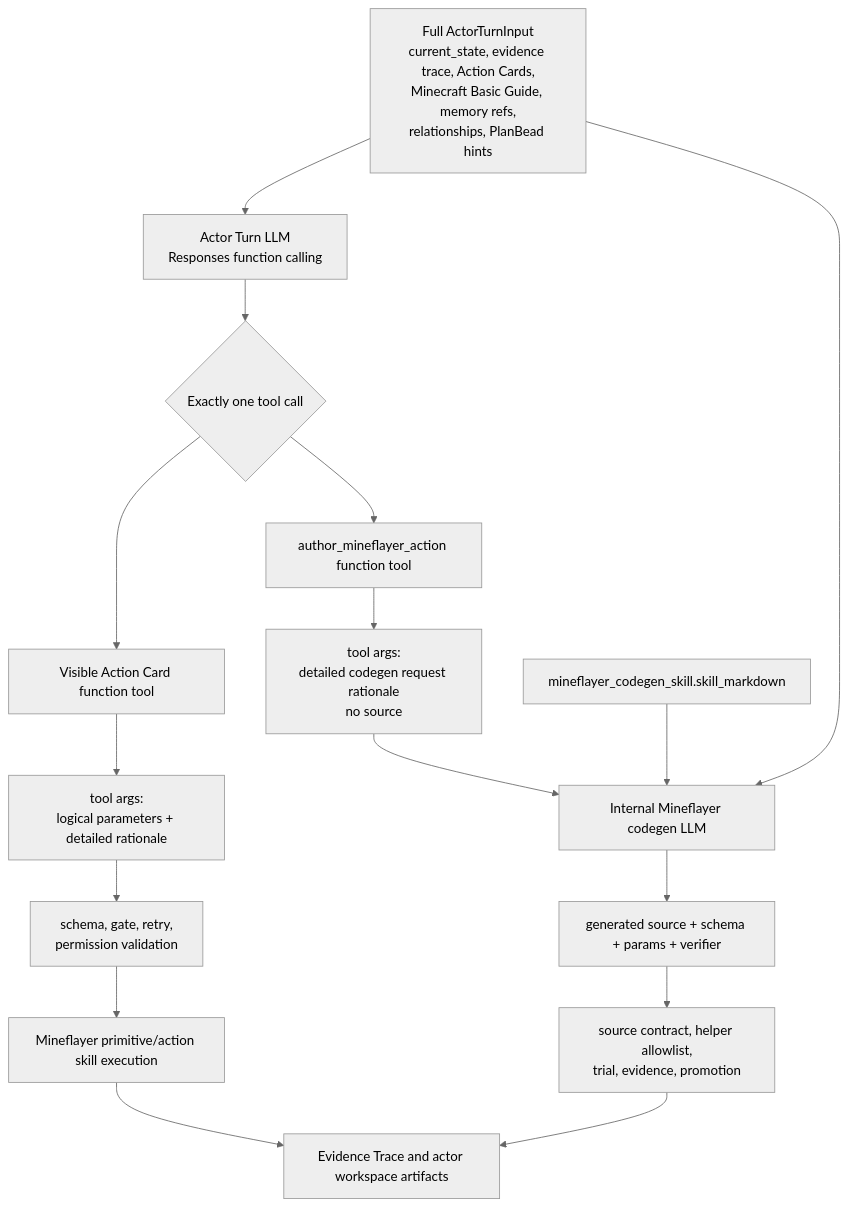
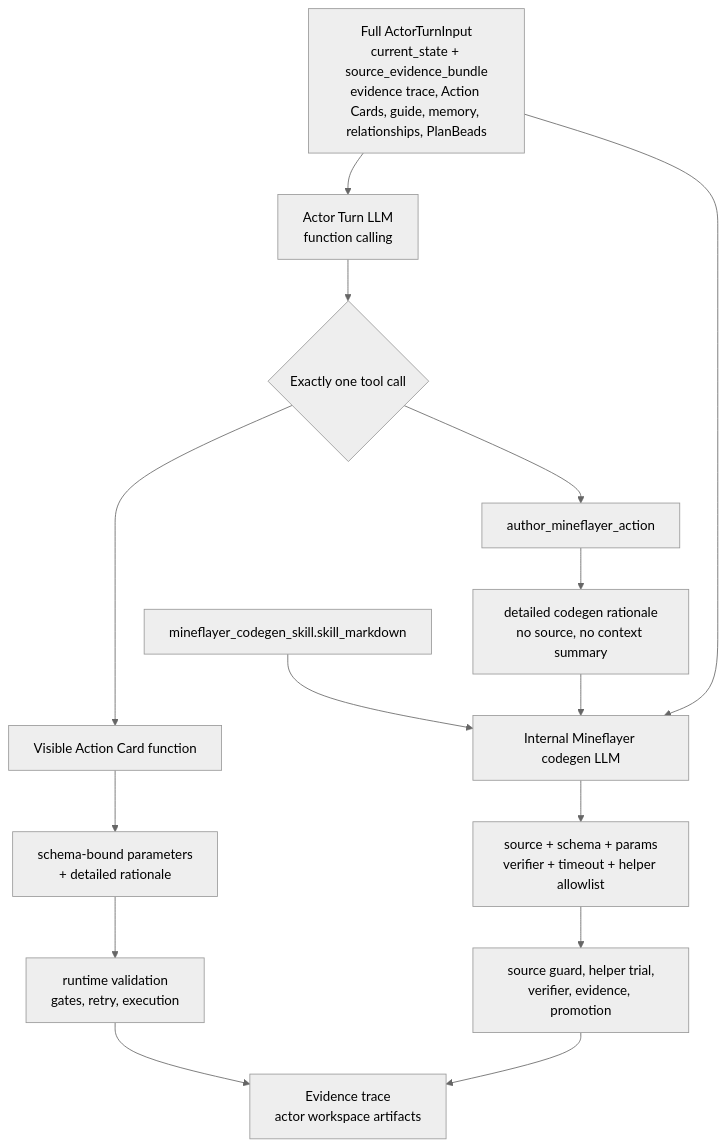
Before and after one commit to gigio1023/minecraft-llm-agent-community: the diagram in project-docs/Architecture/Actor-Turn-Tool-Calling-And-Full-Context-Codegen.md, drawn with Mermaid (neutral theme). The commit also changed other lines of this file and 91 other files, not shown here.

````diff
--- a/project-docs/Architecture/Actor-Turn-Tool-Calling-And-Full-Context-Codegen.md
+++ b/project-docs/Architecture/Actor-Turn-Tool-Calling-And-Full-Context-Codegen.md
@@ -82,18 +27,17 @@
 ```mermaid
 flowchart TD
-  Input["Full ActorTurnInput<br/>current_state, evidence trace, Action Cards,<br/>Minecraft Basic Guide, memory refs,<br/>relationships, PlanBead hints"] --> Outer["Actor Turn LLM<br/>Responses function calling"]
+  Input["Full ActorTurnInput<br/>current_state + source_evidence_bundle<br/>evidence trace, Action Cards, guide, memory, relationships, PlanBeads"] --> Outer["Actor Turn LLM<br/>function calling"]
   Outer --> Choice{"Exactly one tool call"}
-  Choice --> Existing["Visible Action Card function tool"]
-  Choice --> Author["author_mineflayer_action function tool"]
-  Existing --> ExistingArgs["tool args:<br/>logical parameters + detailed rationale"]
-  ExistingArgs --> Validate["schema, gate, retry,<br/>permission validation"]
-  Validate --> Execute["Mineflayer primitive/action skill execution"]
-  Author --> AuthorArgs["tool args:<br/>detailed codegen request rationale<br/>no source"]
+  Choice --> Card["Visible Action Card function"]
+  Choice --> Author["author_mineflayer_action"]
+  Card --> Params["schema-bound parameters<br/>+ detailed rationale"]
+  Params --> Runtime["runtime validation<br/>gates, retry, execution"]
+  Author --> Request["detailed codegen rationale<br/>no source, no context summary"]
   Input --> Codegen["Internal Mineflayer codegen LLM"]
-  AuthorArgs --> Codegen
+  Request --> Codegen
   Skill["mineflayer_codegen_skill.skill_markdown"] --> Codegen
-  Codegen --> Candidate["generated source + schema + params + verifier"]
-  Candidate --> Trial["source contract, helper allowlist,<br/>trial, evidence, promotion"]
-  Execute --> Evidence["Evidence Trace and actor workspace artifacts"]
+  Codegen --> Candidate["source + schema + params<br/>verifier + timeout + helper allowlist"]
+  Candidate --> Trial["source guard, helper trial,<br/>verifier, evidence, promotion"]
+  Runtime --> Evidence["Evidence trace<br/>actor workspace artifacts"]
   Trial --> Evidence
 ```
````
